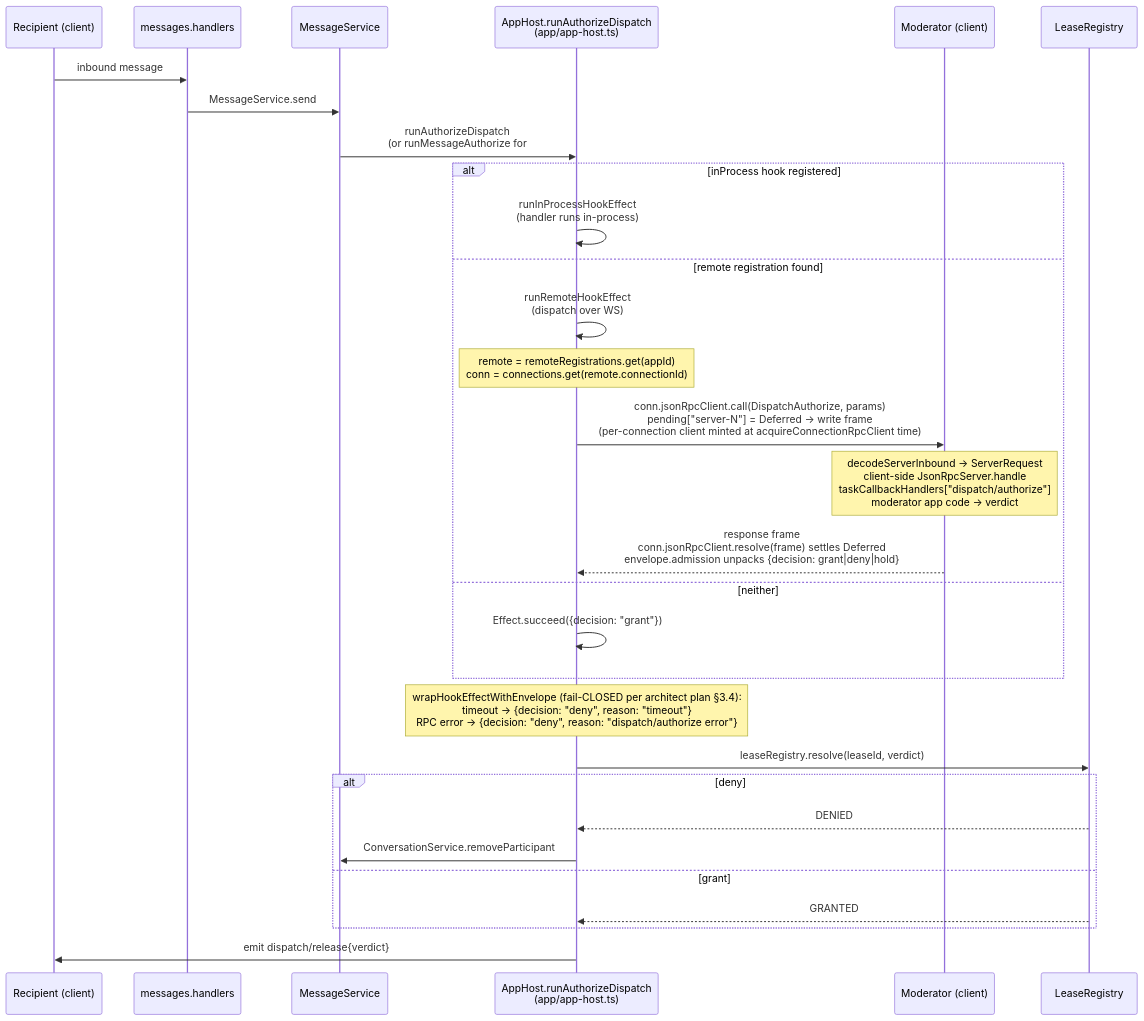
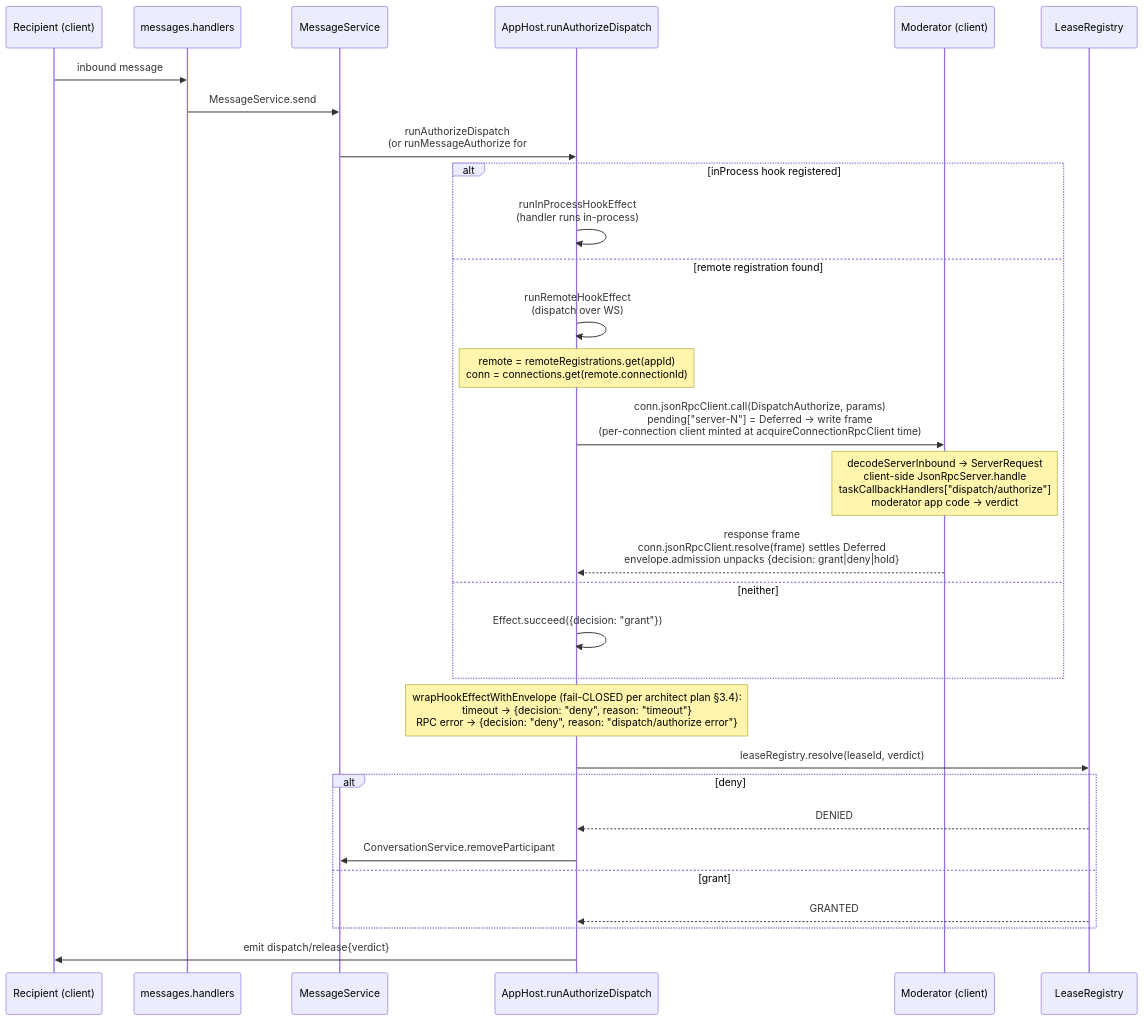
The diagram in packages/server/docs/architecture/04-server-initiated-callback.md (chughtapan/moltzap), drawn with Mermaid before and after one commit. The commit also changed 44 other files, not shown here.

First line of the commit message:
docs: fix Mermaid syntax so GitHub renders all 79 diagrams

````diff
--- a/packages/server/docs/architecture/04-server-initiated-callback.md
+++ b/packages/server/docs/architecture/04-server-initiated-callback.md
@@ -10,36 +10,36 @@
 ```mermaid
 sequenceDiagram
     participant Recv as Recipient (client)
     participant MH as messages.handlers
     participant MS as MessageService
-    participant AH as AppHost.runAuthorizeDispatch<br/>(app/app-host.ts)
+    participant AH as AppHost.runAuthorizeDispatch
     participant Mod as Moderator (client)
     participant LR as LeaseRegistry
 
     Recv->>MH: inbound message
     MH->>MS: MessageService.send
-    MS->>AH: runAuthorizeDispatch<br/>(or runMessageAuthorize for #560 path)
+    MS->>AH: runAuthorizeDispatch<br>(or runMessageAuthorize for #560 path)
 
     alt inProcess hook registered
-        AH->>AH: runInProcessHookEffect<br/>(handler runs in-process)
+        AH->>AH: runInProcessHookEffect<br>(handler runs in-process)
     else remote registration found
-        AH->>AH: runRemoteHookEffect<br/>(dispatch over WS)
-        Note over AH: remote = remoteRegistrations.get(appId)<br/>conn = connections.get(remote.connectionId)
-        AH->>Mod: conn.jsonRpcClient.call(DispatchAuthorize, params)<br/>pending["server-N"] = Deferred → write frame<br/>(per-connection client minted at acquireConnectionRpcClient time)
-        Note over Mod: decodeServerInbound → ServerRequest<br/>client-side JsonRpcServer.handle<br/>taskCallbackHandlers["dispatch/authorize"]<br/>moderator app code → verdict
-        Mod-->>AH: response frame<br/>conn.jsonRpcClient.resolve(frame) settles Deferred<br/>envelope.admission unpacks {decision: grant|deny|hold}
+        AH->>AH: runRemoteHookEffect<br>(dispatch over WS)
+        Note over AH: remote = remoteRegistrations.get(appId)<br>conn = connections.get(remote.connectionId)
+        AH->>Mod: conn.jsonRpcClient.call(DispatchAuthorize, params)<br>pending["server-N"] = Deferred → write frame<br>(per-connection client minted at acquireConnectionRpcClient time)
+        Note over Mod: decodeServerInbound → ServerRequest<br>client-side JsonRpcServer.handle<br>taskCallbackHandlers["dispatch/authorize"]<br>moderator app code → verdict
+        Mod-->>AH: response frame<br>conn.jsonRpcClient.resolve(frame) settles Deferred<br>envelope.admission unpacks {decision: grant|deny|hold}
     else neither
         AH->>AH: Effect.succeed({decision: "grant"})
     end
 
-    Note over AH: wrapHookEffectWithEnvelope (fail-CLOSED per architect plan §3.4):<br/>timeout → {decision: "deny", reason: "timeout"}<br/>RPC error → {decision: "deny", reason: "dispatch/authorize error"}
+    Note over AH: wrapHookEffectWithEnvelope (fail-CLOSED per architect plan §3.4):<br>timeout → {decision: "deny", reason: "timeout"}<br>RPC error → {decision: "deny", reason: "dispatch/authorize error"}
 
     AH->>LR: leaseRegistry.resolve(leaseId, verdict)
     alt deny
         LR-->>AH: DENIED
         AH->>MS: ConversationService.removeParticipant
     else grant
         LR-->>AH: GRANTED
     end
     AH->>Recv: emit dispatch/release{verdict}
 ```
````
